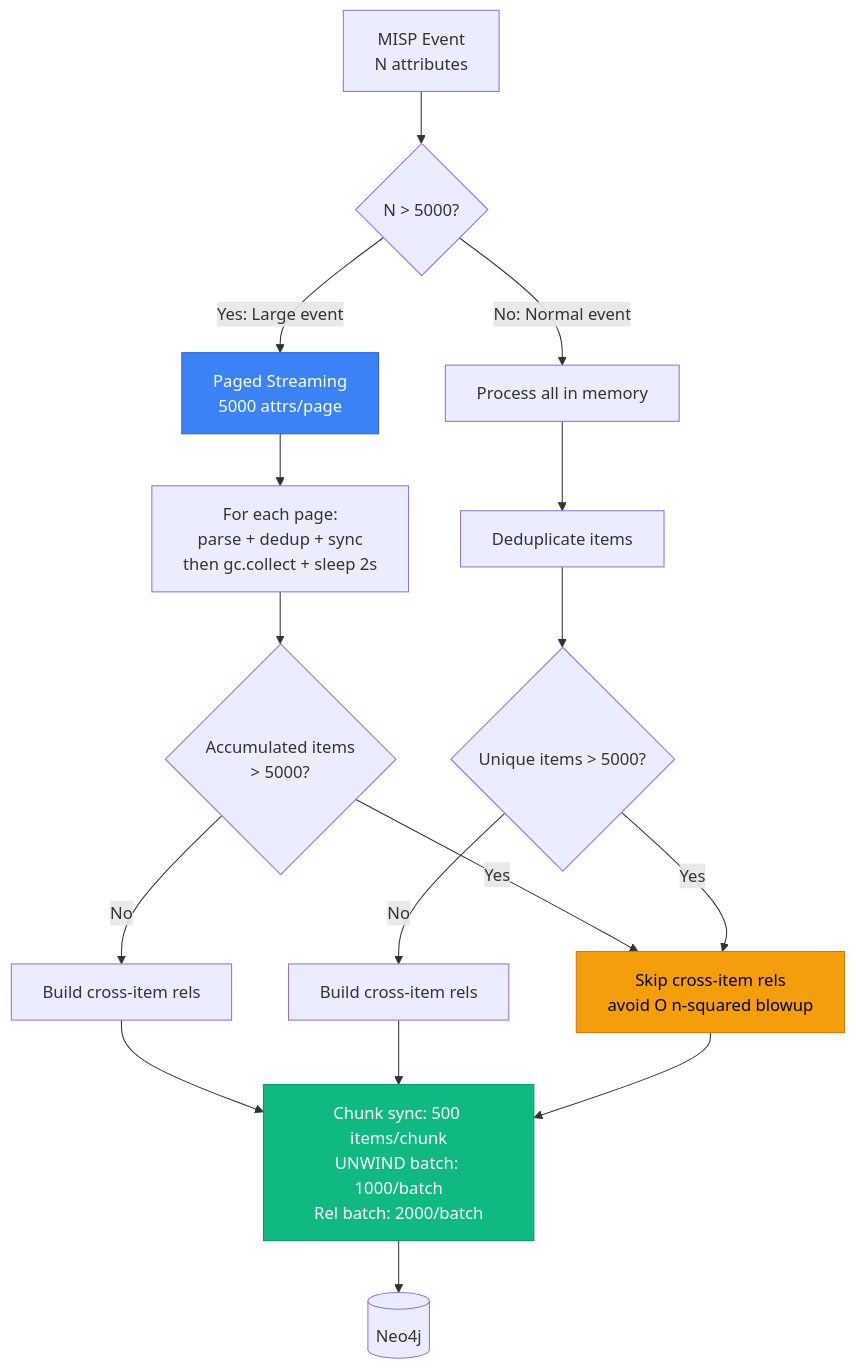
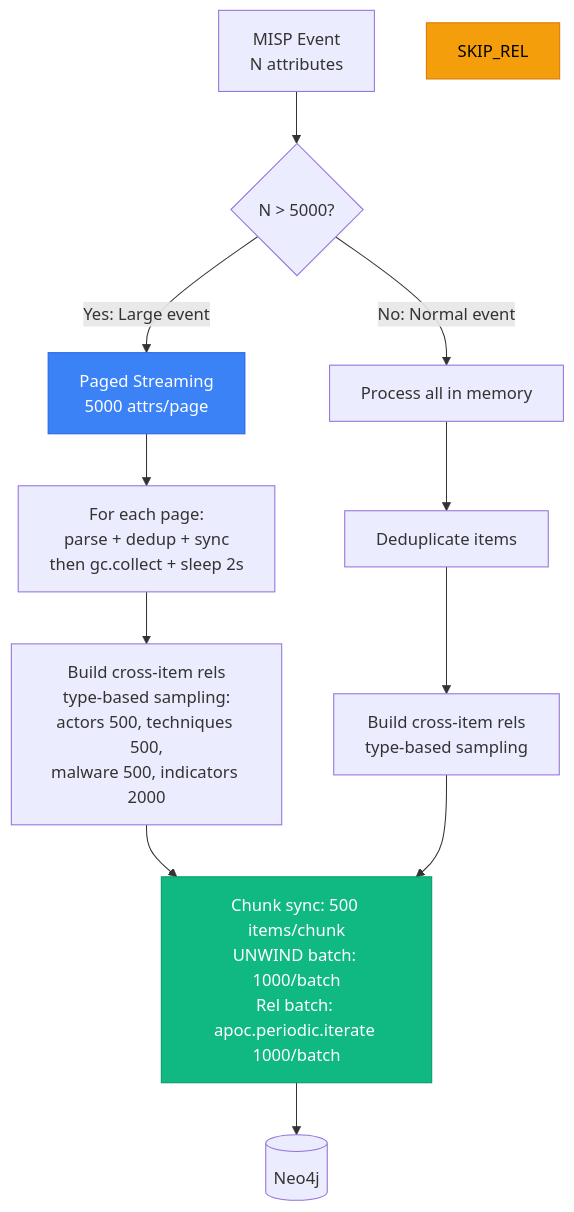
One commit to Kopanov/EdgeGuard-Knowledge-Graph changed the seventh of 8 diagrams in docs/ARCHITECTURE_DIAGRAMS.md. Above: the diagram before and after it, drawn with Mermaid. The commit also changed other lines of this file and 1 other file, not shown here.

First line of the commit message:
fix: Query #9 upgrades confidence on existing edges + update diagrams

````diff
--- a/docs/ARCHITECTURE_DIAGRAMS.md
+++ b/docs/ARCHITECTURE_DIAGRAMS.md
@@ -222,24 +222,20 @@
 ```mermaid
 flowchart TD
     EVENT[MISP Event<br/>N attributes] --> CHECK{N > 5000?}
 
     CHECK -->|Yes: Large event| PAGED[Paged Streaming<br/>5000 attrs/page]
     CHECK -->|No: Normal event| NORMAL[Process all in memory]
 
     PAGED --> PAGE_LOOP[For each page:<br/>parse + dedup + sync<br/>then gc.collect + sleep 2s]
-    PAGE_LOOP --> COOC_CHECK_P{Accumulated items<br/>> 5000?}
-    COOC_CHECK_P -->|Yes| SKIP_REL[Skip cross-item rels<br/>avoid O n-squared blowup]
-    COOC_CHECK_P -->|No| BUILD_REL_P[Build cross-item rels]
+    PAGE_LOOP --> BUILD_REL_P[Build cross-item rels<br/>type-based sampling:<br/>actors 500, techniques 500,<br/>malware 500, indicators 2000]
 
     NORMAL --> DEDUP_N[Deduplicate items]
-    DEDUP_N --> COOC_CHECK_N{Unique items > 5000?}
-    COOC_CHECK_N -->|Yes| SKIP_REL
-    COOC_CHECK_N -->|No| BUILD_REL_N[Build cross-item rels]
+    DEDUP_N --> BUILD_REL_N[Build cross-item rels<br/>type-based sampling]
 
-    BUILD_REL_P & BUILD_REL_N & SKIP_REL --> CHUNK[Chunk sync: 500 items/chunk<br/>UNWIND batch: 1000/batch<br/>Rel batch: 2000/batch]
+    BUILD_REL_P & BUILD_REL_N --> CHUNK[Chunk sync: 500 items/chunk<br/>UNWIND batch: 1000/batch<br/>Rel batch: apoc.periodic.iterate 1000/batch]
     CHUNK --> NEO4J[(Neo4j)]
 
     style PAGED fill:#3b82f6,stroke:#2563eb,color:#fff
     style SKIP_REL fill:#f59e0b,stroke:#d97706,color:#000
     style CHUNK fill:#10b981,stroke:#059669,color:#fff
 ```
````
